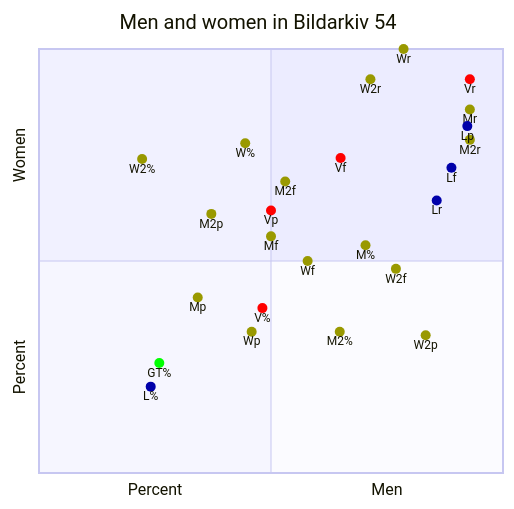
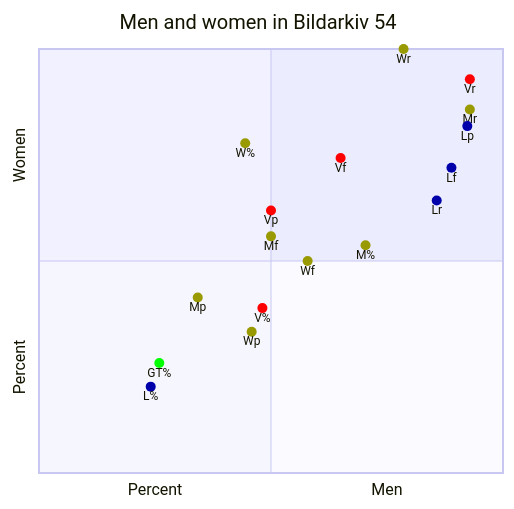
One commit to Modern36/tropes_1500 changed the tenth of 11 diagrams in browser/scatter.md. Above: the diagram before and after it, drawn with Mermaid. The commit also changed other lines of this file and 1 other file, not shown here.

````diff
--- a/browser/scatter.md
+++ b/browser/scatter.md
@@ -339,32 +267,24 @@
 ```mermaid
 quadrantChart
     title Men and women in Bildarkiv 54
     x-axis Percent --> Men
     y-axis Percent --> Women
     M%: [0.7037037037037037, 0.5370370370370371] color: #999900
-    M2%: [0.6481481481481481, 0.3333333333333333] color: #999900
     W%: [0.4444444444444444, 0.7777777777777778] color: #999900
-    W2%: [0.2222222222222222, 0.7407407407407407] color: #999900
     GT%: [0.25925925925925924, 0.25925925925925924] color: #00FF00
     V%: [0.48148148148148145, 0.3888888888888889] color: #FF0000
     L%: [0.24074074074074073, 0.2037037037037037] color: #0000AA
     Lf: [0.8888888888888888, 0.72]  color: #0000AA
     Lp: [0.9230769230769231, 0.8181818181818182]  color: #0000AA
     Lr: [0.8571428571428571, 0.6428571428571429]  color: #0000AA
     Vf: [0.65, 0.7428571428571429]  color: #FF0000
     Vp: [0.5, 0.6190476190476191]  color: #FF0000
     Vr: [0.9285714285714286, 0.9285714285714286]  color: #FF0000
-    W2f: [0.7692307692307693, 0.48148148148148145]  color: #999900
-    W2p: [0.8333333333333334, 0.325]  color: #999900
-    W2r: [0.7142857142857143, 0.9285714285714286]  color: #999900
     Wf: [0.5789473684210527, 0.5]  color: #999900
     Wp: [0.4583333333333333, 0.3333333333333333]  color: #999900
     Wr: [0.7857142857142857, 0.9999]  color: #999900
-    M2f: [0.5306122448979592, 0.6875]  color: #999900
-    M2p: [0.37142857142857144, 0.6111111111111112]  color: #999900
-    M2r: [0.9285714285714286, 0.7857142857142857]  color: #999900
     Mf: [0.5, 0.5581395348837209]  color: #999900
     Mp: [0.34210526315789475, 0.41379310344827586]  color: #999900
     Mr: [0.9285714285714286, 0.8571428571428571]  color: #999900
 
 ```
````
